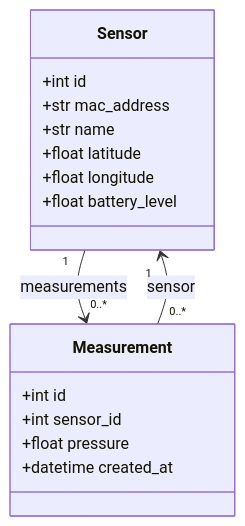
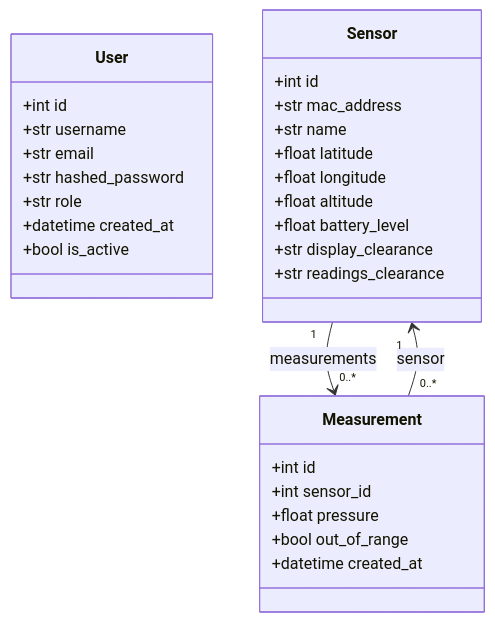
One commit to pArcill/drucklogger changed the diagram in docs/uml-class-diagram.md. Above: the diagram before and after it, drawn with Mermaid. The commit also changed other lines of this file and 17 other files, not shown here.

````diff
--- a/docs/uml-class-diagram.md
+++ b/docs/uml-class-diagram.md
@@ -5,21 +5,35 @@
 ```mermaid
 classDiagram
+    class User {
+        +int id
+        +str username
+        +str email
+        +str hashed_password
+        +str role
+        +datetime created_at
+        +bool is_active
+    }
+
     class Sensor {
         +int id
         +str mac_address
         +str name
         +float latitude
         +float longitude
+        +float altitude
         +float battery_level
+        +str display_clearance
+        +str readings_clearance
     }
 
     class Measurement {
         +int id
         +int sensor_id
         +float pressure
+        +bool out_of_range
         +datetime created_at
     }
 
     Sensor "1" --> "0..*" Measurement : measurements
     Measurement "0..*" --> "1" Sensor : sensor
 ```
````
